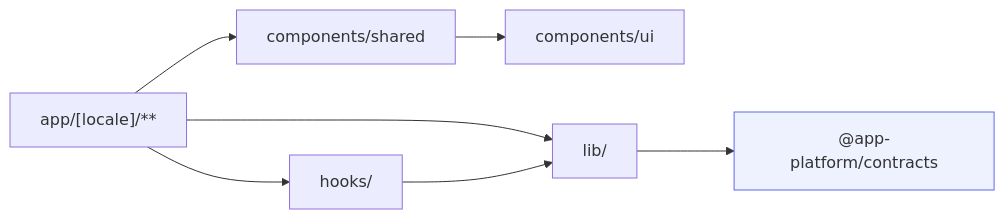
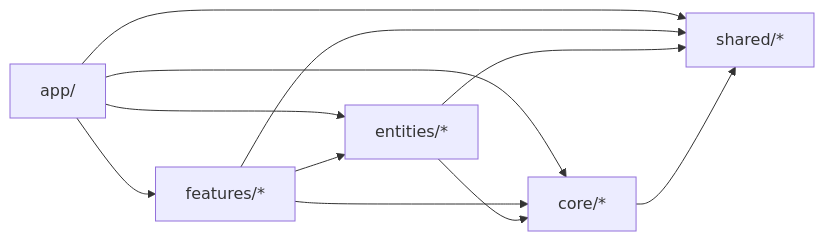
One commit to bk-engineering/app-platform changed the diagram in apps/docs/conventions/structure-web.md. Above: the diagram before and after it, drawn with Mermaid. The commit also changed other lines of this file and 119 other files, not shown here.

````diff
--- a/apps/docs/conventions/structure-web.md
+++ b/apps/docs/conventions/structure-web.md
@@ -111,19 +38,13 @@
 ```mermaid
 flowchart LR
-  App["app/[locale]/**"]
-  Shared["components/shared"]
-  UI["components/ui"]
-  Lib["lib/"]
-  Hooks["hooks/"]
-  Contracts["@app-platform/contracts"]
-
-  App --> Shared
-  App --> Lib
-  App --> Hooks
-  Shared --> UI
-  Lib --> Contracts
-  Hooks --> Lib
-
-  classDef pkg fill:#eef2ff,stroke:#6366f1
-  class Contracts pkg
+  App["app/"] --> Features["features/*"]
+  App --> Entities["entities/*"]
+  App --> Core["core/*"]
+  App --> Shared["shared/*"]
+  Features --> Entities
+  Features --> Core
+  Features --> Shared
+  Entities --> Core
+  Entities --> Shared
+  Core --> Shared
 ```
````
